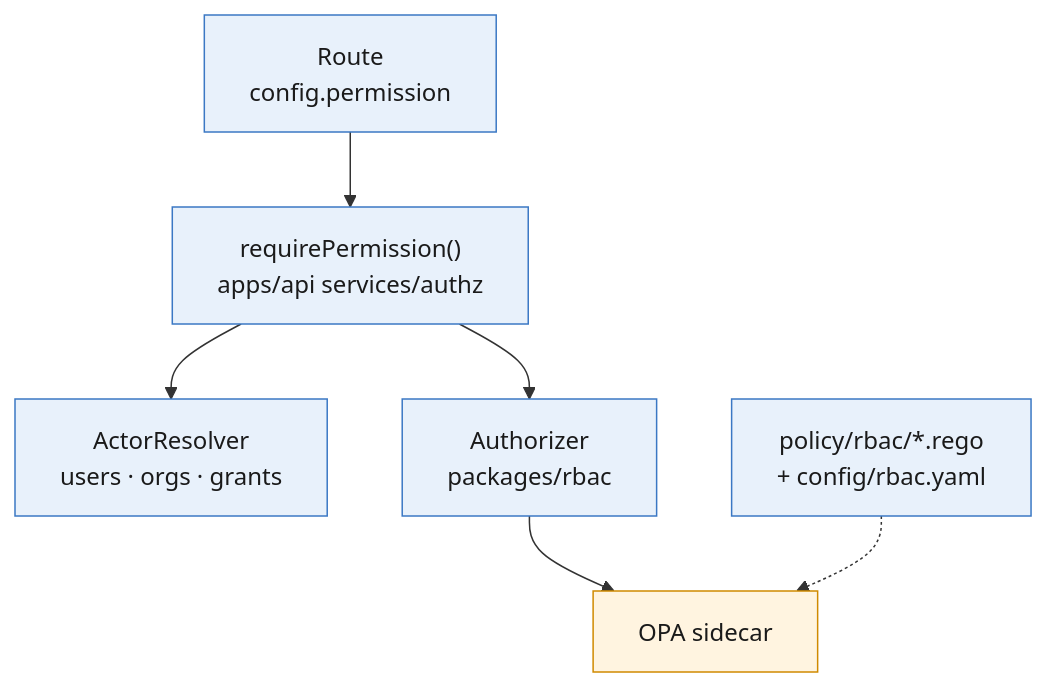
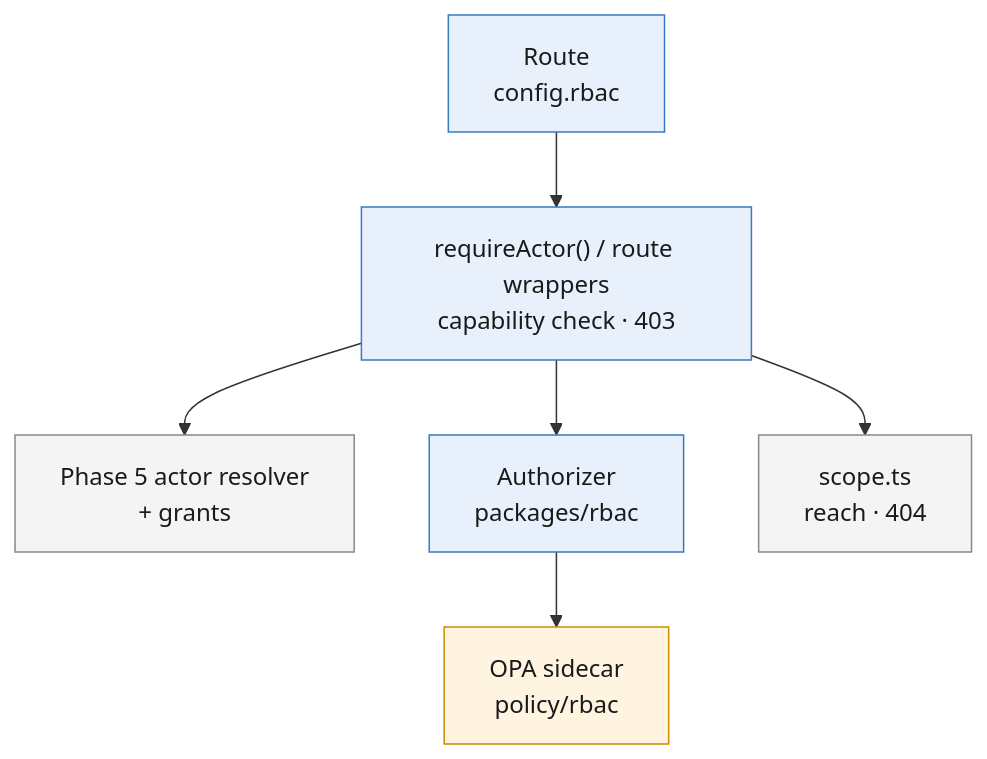
Before and after one commit to Blue-Dots-Economy/aggregator-dpg: the second of 2 diagrams in docs/rbac/rbac-implementation-plan.md, drawn with Mermaid. The commit also changed other lines of this file and 3 other files, not shown here.

First line of the commit message:
docs(rbac): plan RBAC on Phase 5 and record the integration decisions

````diff
--- a/docs/rbac/rbac-implementation-plan.md
+++ b/docs/rbac/rbac-implementation-plan.md
@@ -53,18 +56,20 @@
 ```mermaid
 flowchart TB
-    ROUTE["Route<br/>config.permission"]
-    GUARD["requirePermission()<br/>apps/api services/authz"]
-    RES["ActorResolver<br/>users · orgs · grants"]
+    ROUTE["Route<br/>config.rbac"]
+    GUARD["requireActor() / route wrappers<br/>capability check · 403"]
+    RES["Phase 5 actor resolver<br/>+ grants"]
     AUTHZ["Authorizer<br/>packages/rbac"]
-    OPA["OPA sidecar"]
-    POL["policy/rbac/*.rego<br/>+ config/rbac.yaml"]
+    OPA["OPA sidecar<br/>policy/rbac"]
+    SCOPE["scope.ts<br/>reach · 404"]
     ROUTE --> GUARD
     GUARD --> RES
     GUARD --> AUTHZ
     AUTHZ --> OPA
-    POL -.-> OPA
+    GUARD --> SCOPE
     classDef code fill:#e8f1fb,stroke:#3b78c4,color:#1a1a1a
+    classDef p5 fill:#f4f4f4,stroke:#888,color:#1a1a1a
     classDef run fill:#fff4e0,stroke:#d08a00,color:#1a1a1a
-    class ROUTE,GUARD,RES,AUTHZ,POL code
+    class ROUTE,GUARD,AUTHZ code
+    class RES,SCOPE p5
     class OPA run
 ```
````
